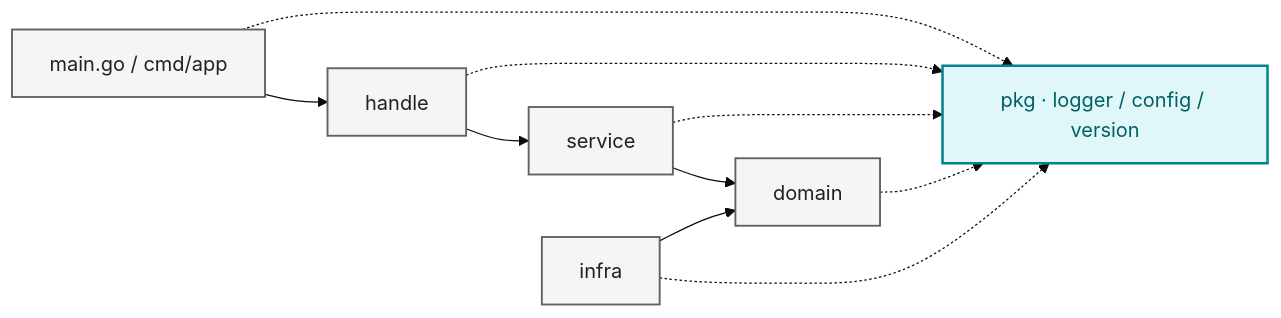
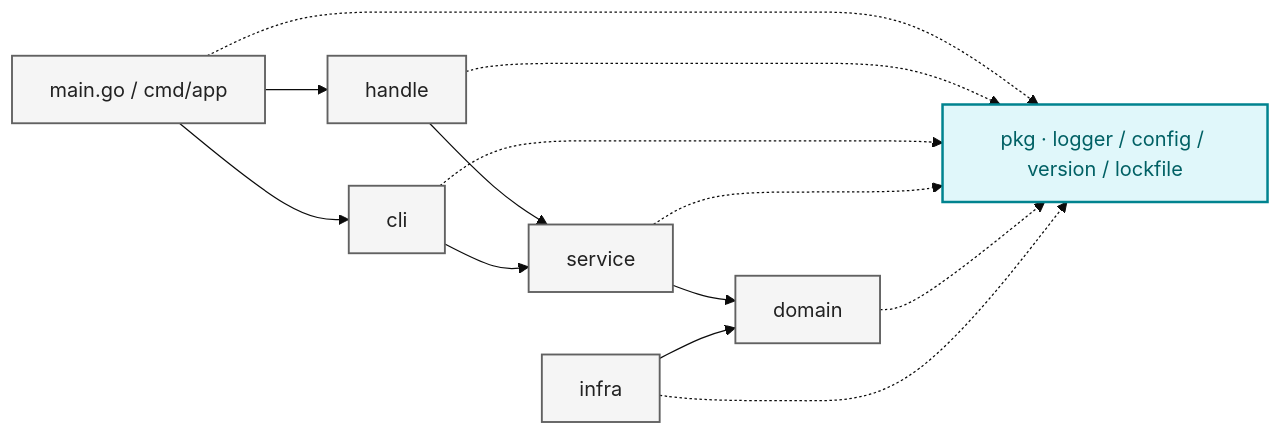
Before and after one commit to jiajia-jun/catcher: the second of 2 diagrams in docs/架构.md, drawn with Mermaid (base theme). The commit also changed other lines of this file, not shown here.

````diff
--- a/docs/架构.md
+++ b/docs/架构.md
@@ -96,16 +108,18 @@
 ```mermaid
 flowchart LR
     A["main.go / cmd/app"] --> B["handle"] --> C["service"] --> D["domain"]
+    A --> K["cli"] --> C
     E["infra"] --> D
     A -.-> P
     B -.-> P
+    K -.-> P
     C -.-> P
     D -.-> P
     E -.-> P
-    P["pkg · logger / config / version"]
+    P["pkg · logger / config / version / lockfile"]
 
     classDef l fill:#F5F5F5,stroke:#616161,stroke-width:1.5px,color:#212121;
     classDef p fill:#E0F7FA,stroke:#00838F,stroke-width:2px,color:#006064;
-    class A,B,C,D,E l;
+    class A,B,C,D,E,K l;
     class P p;
 ```
````
